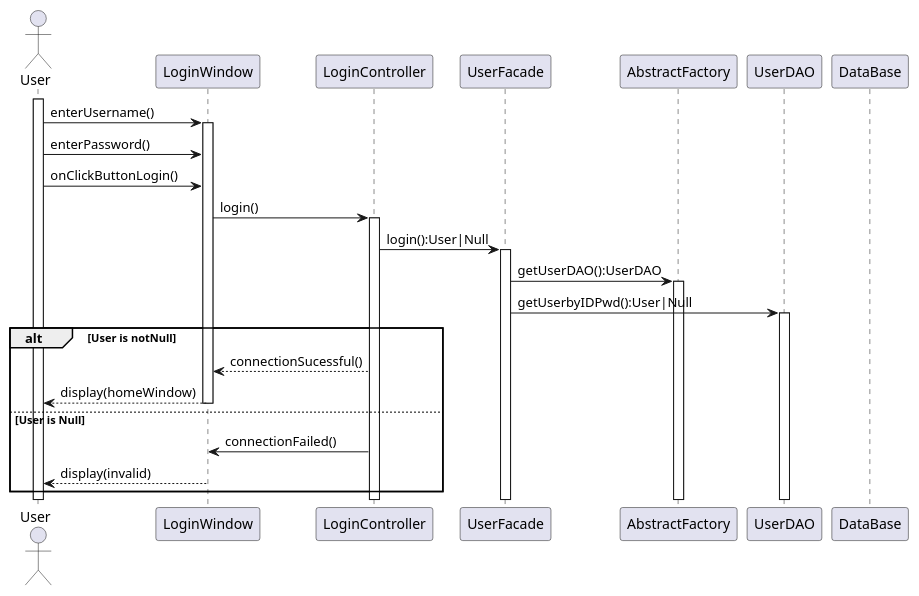
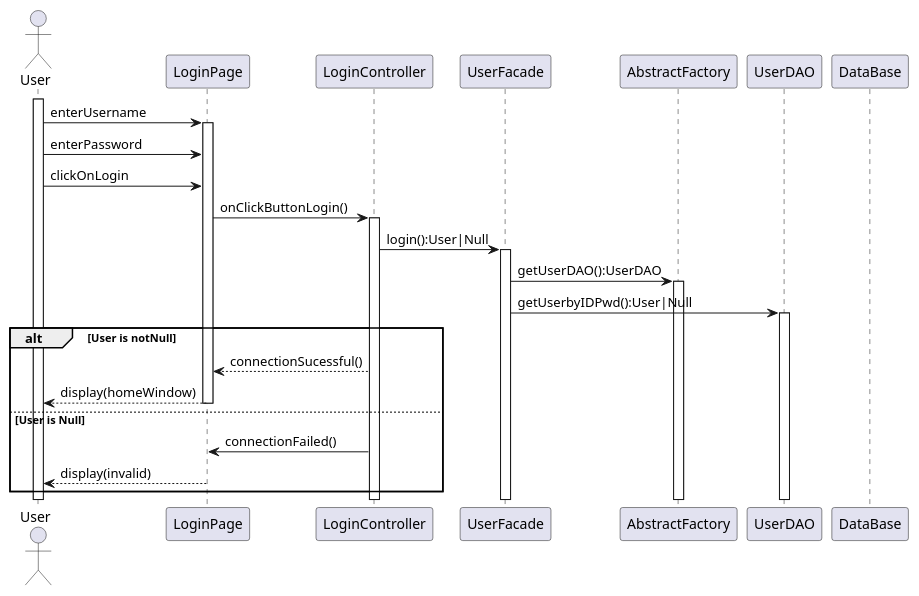
Before and after one commit to iusildra/WineCellar: the diagram in doc/reports/prototype/plantuml/loginSequence.plantuml, drawn with PlantUML. The commit also changed 6 other files, not shown here.

```diff
--- a/doc/reports/prototype/plantuml/loginSequence.plantuml
+++ b/doc/reports/prototype/plantuml/loginSequence.plantuml
@@ -1,30 +1,30 @@
 @startuml
 skinparam responseMessageBelowArrow true
 
 actor User
-participant LoginWindow
+participant LoginPage
 participant LoginController
 participant UserFacade
 participant AbstractFactory
 participant UserDAO
 participant DataBase
 
 activate User
 
-User -> LoginWindow++: enterUsername()
-User -> LoginWindow: enterPassword()
-User -> LoginWindow: onClickButtonLogin()
-LoginWindow -> LoginController++: login()
+User -> LoginPage++: enterUsername
+User -> LoginPage: enterPassword
+User -> LoginPage: clickOnLogin
+LoginPage -> LoginController++: onClickButtonLogin()
 LoginController -> UserFacade++: login():User|Null
 UserFacade -> AbstractFactory++: getUserDAO():UserDAO
 UserFacade -> UserDAO++: getUserbyIDPwd():User|Null
 
 alt User is notNull
-    LoginController --> LoginWindow: connectionSucessful()
-    LoginWindow --> User--: display(homeWindow)
+    LoginController --> LoginPage: connectionSucessful()
+    LoginPage --> User--: display(homeWindow)
 else User is Null
-    LoginController -> LoginWindow: connectionFailed()
-    LoginWindow --> User--: display(invalid)
+    LoginController -> LoginPage: connectionFailed()
+    LoginPage --> User--: display(invalid)
 end
 
 @enduml
```
